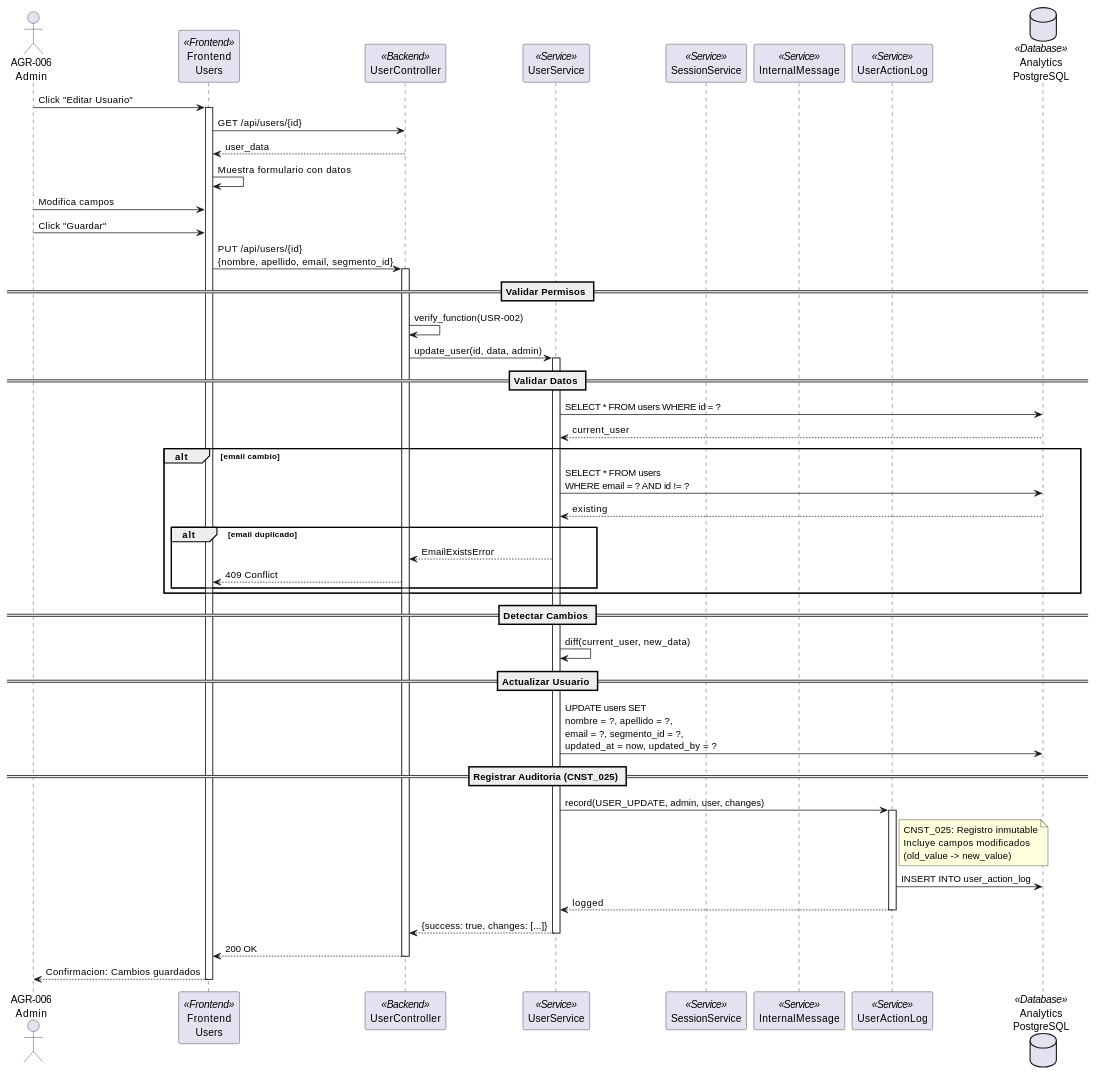
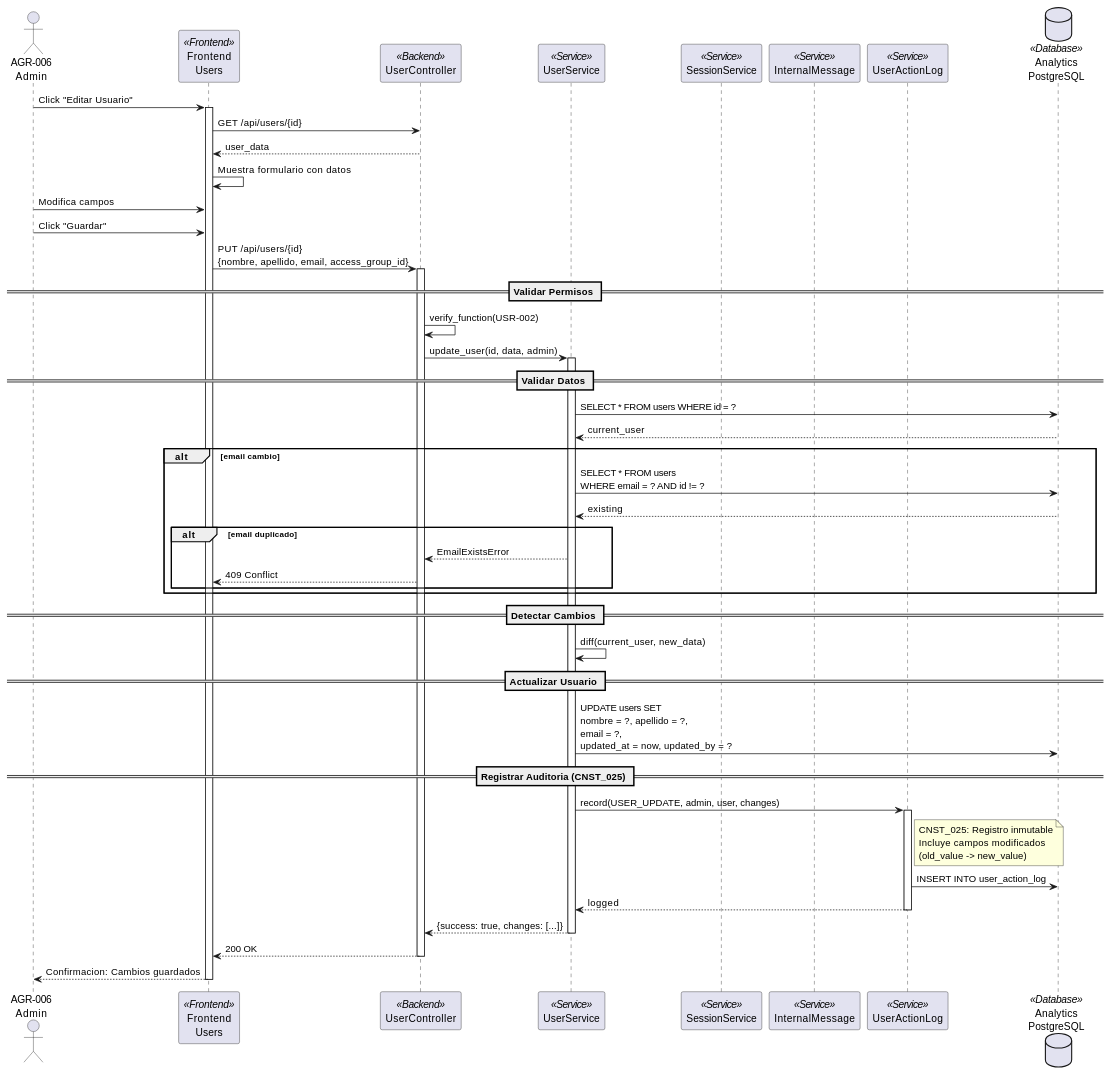
One commit to jcg-admin/IACT-docs changed the second of 3 diagrams in source/requisitos/casos-uso/users/uc-usr-03-modificar-usuario.rst. Above: the diagram before and after it, drawn with PlantUML. The commit also changed other lines of this file and 3 other files, not shown here.

```diff
--- a/source/requisitos/casos-uso/users/uc-usr-03-modificar-usuario.rst
+++ b/source/requisitos/casos-uso/users/uc-usr-03-modificar-usuario.rst
@@ -197,74 +197,74 @@
 .. uml::
  :caption: Diagrama de Secuencia - UC_USR_03
 
  @startuml
 
  actor "AGR-006\nAdmin" as A
  participant "Frontend\nUsers" as FE <<Frontend>>
  participant "UserController" as UC <<Backend>>
  participant "UserService" as US <<Service>>
  participant "SessionService" as SS <<Service>>
  participant "InternalMessage" as IM <<Service>>
  participant "UserActionLog" as UAL <<Service>>
  database "Analytics\nPostgreSQL" as DB <<Database>>
 
  A -> FE: Click "Editar Usuario"
  activate FE
 
  FE -> UC: GET /api/users/{id}
  UC --> FE: user_data
 
  FE -> FE: Muestra formulario con datos
  A -> FE: Modifica campos
  A -> FE: Click "Guardar"
 
- FE -> UC: PUT /api/users/{id}\n{nombre, apellido, email, segmento_id}
+ FE -> UC: PUT /api/users/{id}\n{nombre, apellido, email, access_group_id}
  activate UC
 
  == Validar Permisos ==
  UC -> UC: verify_function(USR-002)
 
  UC -> US: update_user(id, data, admin)
  activate US
 
  == Validar Datos ==
  US -> DB: SELECT * FROM users WHERE id = ?
  DB --> US: current_user
 
  alt email cambio
  US -> DB: SELECT * FROM users\nWHERE email = ? AND id != ?
  DB --> US: existing
  alt email duplicado
  US --> UC: EmailExistsError
  UC --> FE: 409 Conflict
  end
  end
 
  == Detectar Cambios ==
  US -> US: diff(current_user, new_data)
 
  == Actualizar Usuario ==
- US -> DB: UPDATE users SET\nnombre = ?, apellido = ?,\nemail = ?, segmento_id = ?,\nupdated_at = now, updated_by = ?
+ US -> DB: UPDATE users SET\nnombre = ?, apellido = ?,\nemail = ?,\nupdated_at = now, updated_by = ?
 
  == Registrar Auditoria (CNST_025) ==
  US -> UAL: record(USER_UPDATE, admin, user, changes)
  activate UAL
  note right of UAL
  CNST_025: Registro inmutable
  Incluye campos modificados
  (old_value -> new_value)
  end note
  UAL -> DB: INSERT INTO user_action_log
  UAL --> US: logged
  deactivate UAL
 
  US --> UC: {success: true, changes: [...]}
  deactivate US
 
  UC --> FE: 200 OK
  deactivate UC
 
  FE --> A: Confirmacion: Cambios guardados
  deactivate FE
 
  @enduml
```
